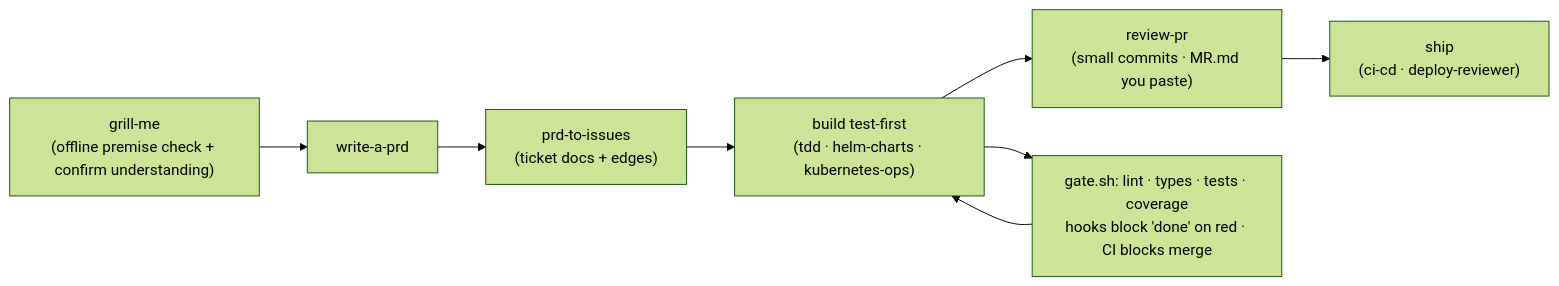
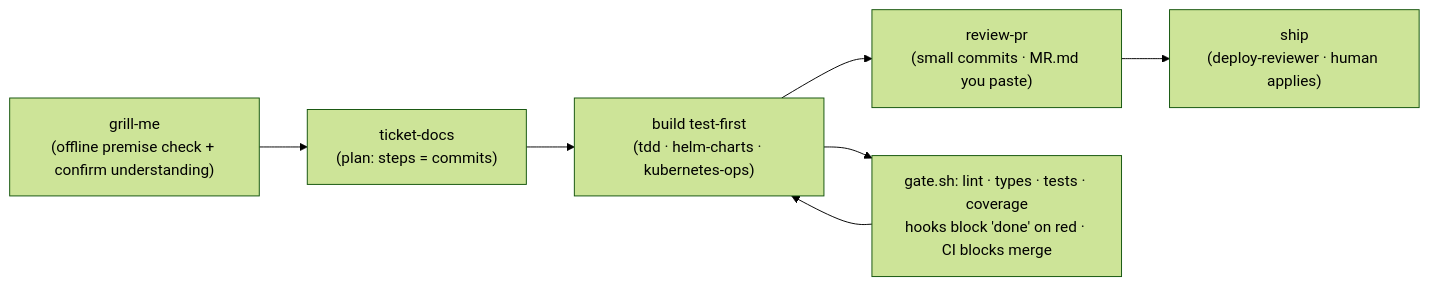
One commit to KSriki/agent-harness-template changed the diagram in README.md. Above: the diagram before and after it, drawn with Mermaid (forest theme). The commit also changed other lines of this file and 41 other files, not shown here.

````diff
--- a/README.md
+++ b/README.md
@@ -33,6 +33,6 @@
 ```mermaid
 flowchart LR
-    G["grill-me<br/>(offline premise check + confirm understanding)"] --> P["write-a-prd"] --> T["prd-to-issues<br/>(ticket docs + edges)"] --> B["build test-first<br/>(tdd · helm-charts · kubernetes-ops)"] --> R["review-pr<br/>(small commits · MR.md you paste)"] --> S["ship<br/>(ci-cd · deploy-reviewer)"]
+    G["grill-me<br/>(offline premise check + confirm understanding)"] --> T["ticket-docs<br/>(plan: steps = commits)"] --> B["build test-first<br/>(tdd · helm-charts · kubernetes-ops)"] --> R["review-pr<br/>(small commits · MR.md you paste)"] --> S["ship<br/>(deploy-reviewer · human applies)"]
     B --> GATE["gate.sh: lint · types · tests · coverage<br/>hooks block 'done' on red · CI blocks merge"]
     GATE --> B
 ```
````
